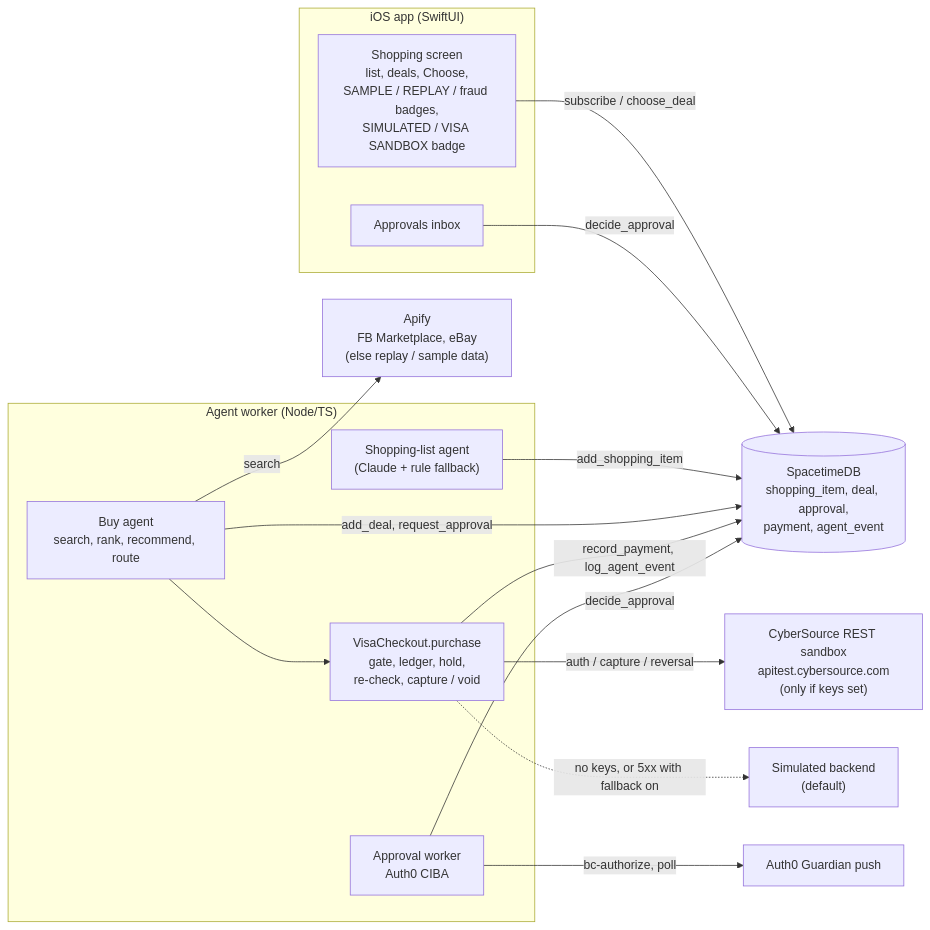
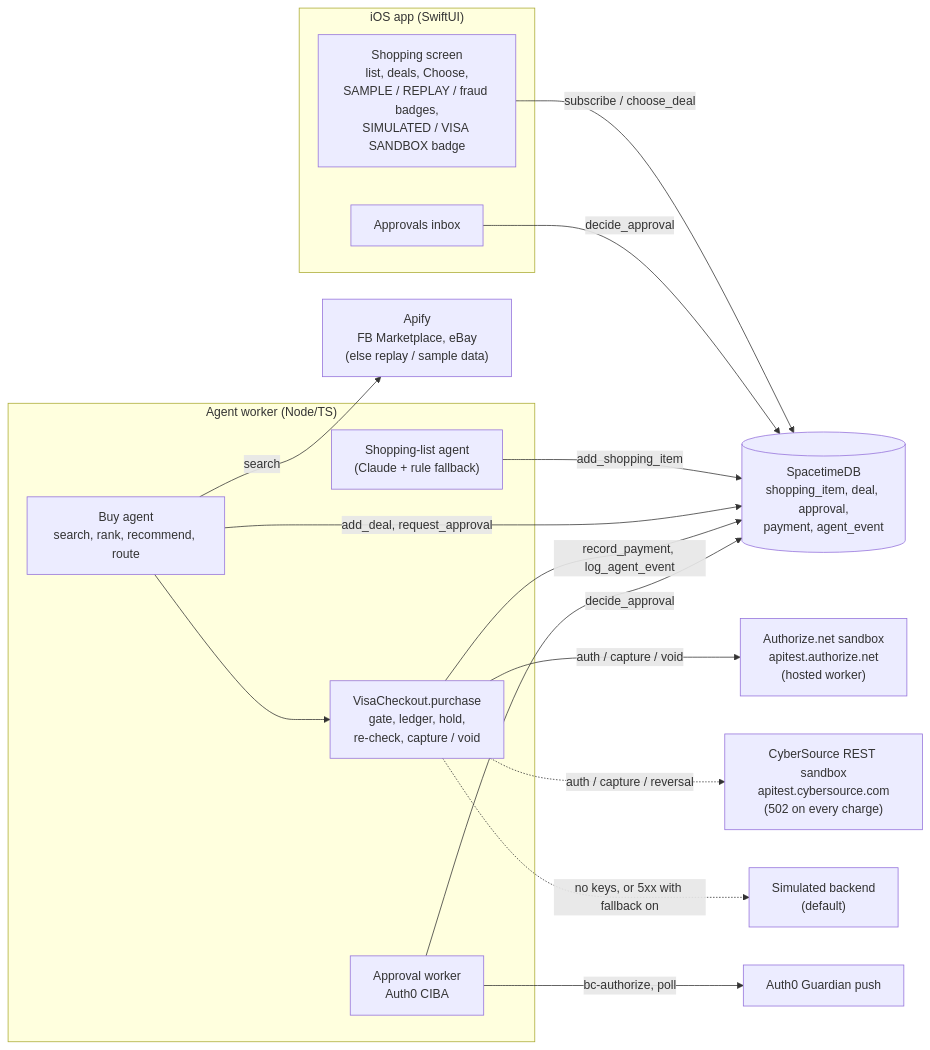
One commit to christianazinn/moove changed the diagram in docs/visa.md. Above: the diagram before and after it, drawn with Mermaid. The commit also changed other lines of this file and 8 other files, not shown here.

First line of the commit message:
Docs: commerce claims match main (Visa sandbox live, Apify out of credit, recall check opt-in)

````diff
--- a/docs/visa.md
+++ b/docs/visa.md
@@ -38,30 +41,32 @@
 ```mermaid
 flowchart LR
   subgraph Phone["iOS app (SwiftUI)"]
     Shop["Shopping screen<br/>list, deals, Choose,<br/>SAMPLE / REPLAY / fraud badges,<br/>SIMULATED / VISA SANDBOX badge"]
     Inbox["Approvals inbox"]
   end
   STDB[("SpacetimeDB<br/>shopping_item, deal, approval,<br/>payment, agent_event")]
   subgraph Worker["Agent worker (Node/TS)"]
     List["Shopping-list agent<br/>(Claude + rule fallback)"]
     Buy["Buy agent<br/>search, rank, recommend, route"]
     Visa["VisaCheckout.purchase<br/>gate, ledger, hold,<br/>re-check, capture / void"]
     CIBA["Approval worker<br/>Auth0 CIBA"]
   end
   Apify["Apify<br/>FB Marketplace, eBay<br/>(else replay / sample data)"]
-  CS["CyberSource REST sandbox<br/>apitest.cybersource.com<br/>(only if keys set)"]
+  AN["Authorize.net sandbox<br/>apitest.authorize.net<br/>(hosted worker)"]
+  CS["CyberSource REST sandbox<br/>apitest.cybersource.com<br/>(502 on every charge)"]
   Sim["Simulated backend<br/>(default)"]
   Auth0["Auth0 Guardian push"]
 
   Shop -- "subscribe / choose_deal" --> STDB
   Inbox -- "decide_approval" --> STDB
   List -- "add_shopping_item" --> STDB
   Buy -- "search" --> Apify
   Buy -- "add_deal, request_approval" --> STDB
   Buy --> Visa
-  Visa -- "auth / capture / reversal" --> CS
+  Visa -- "auth / capture / void" --> AN
+  Visa -. "auth / capture / reversal" .-> CS
   Visa -. "no keys, or 5xx with fallback on" .-> Sim
   Visa -- "record_payment, log_agent_event" --> STDB
   CIBA -- "bc-authorize, poll" --> Auth0
   CIBA -- "decide_approval" --> STDB
 ```
````
